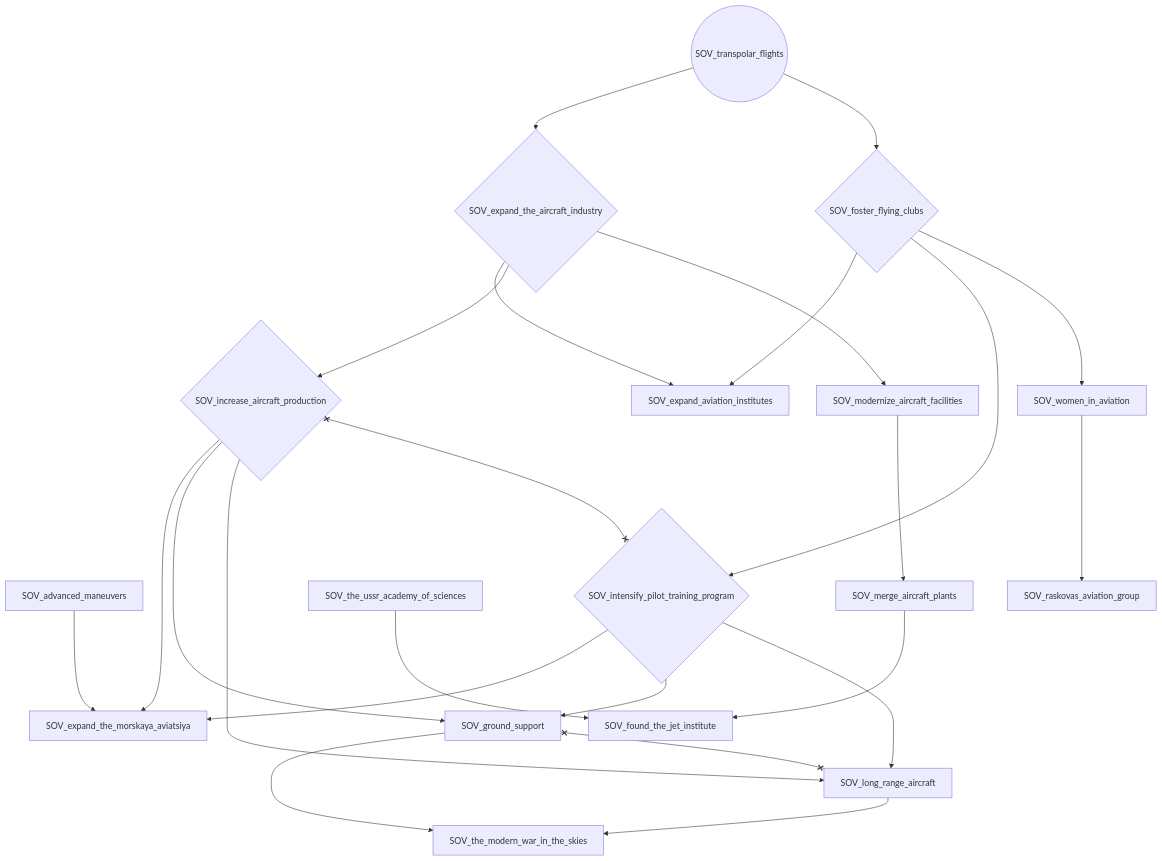
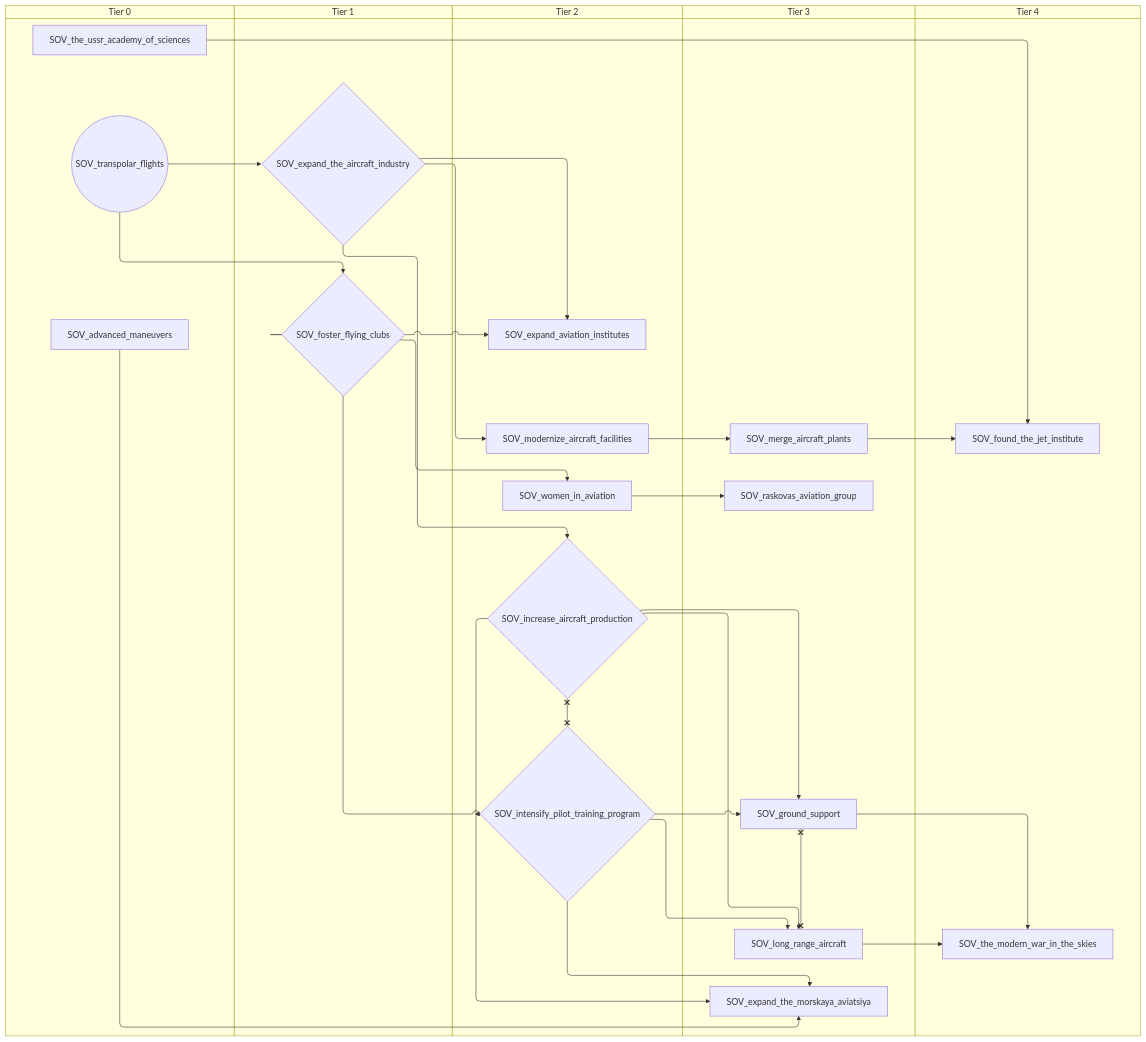
The eighth of 8 diagrams in docs/gdd/National Focuses/soviet.md (evgeny-sobol/hoi4-sandbox-mode), drawn with Mermaid before and after one commit. The commit also changed other lines of this file and 80 other files, not shown here.

First line of the commit message:
Add swimlane mode to focus graph exporter

````diff
--- a/docs/gdd/National Focuses/soviet.md
+++ b/docs/gdd/National Focuses/soviet.md
@@ -872,43 +1000,53 @@
 ```mermaid
-flowchart TD
-    n67["SOV_advanced_maneuvers"]
-    n302["SOV_expand_aviation_institutes"]
-    n303{"SOV_expand_the_aircraft_industry"}
-    n70["SOV_expand_the_morskaya_aviatsiya"]
-    n304{"SOV_foster_flying_clubs"}
-    n111["SOV_found_the_jet_institute"]
-    n305["SOV_ground_support"]
-    n72{"SOV_increase_aircraft_production"}
-    n73{"SOV_intensify_pilot_training_program"}
-    n306["SOV_long_range_aircraft"]
-    n119["SOV_merge_aircraft_plants"]
-    n307["SOV_modernize_aircraft_facilities"]
-    n308["SOV_raskovas_aviation_group"]
-    n309["SOV_the_modern_war_in_the_skies"]
-    n131["SOV_the_ussr_academy_of_sciences"]
-    n310(("SOV_transpolar_flights"))
-    n311["SOV_women_in_aviation"]
-    n303 --> n302
-    n304 --> n302
-    n310 --> n303
-    n72 --> n70
-    n73 --> n70
-    n67 --> n70
-    n310 --> n304
-    n131 --> n111
-    n119 --> n111
-    n72 --> n305
-    n73 --> n305
-    n303 --> n72
-    n304 --> n73
-    n72 --> n306
-    n73 --> n306
-    n307 --> n119
-    n303 --> n307
-    n311 --> n308
-    n305 --> n309
-    n306 --> n309
-    n304 --> n311
-    n305 x--x n306
-    n72 x--x n73
+swimlane-beta TD
+    subgraph tier_0["Tier 0"]
+        n83["SOV_advanced_maneuvers"]
+        n122["SOV_the_ussr_academy_of_sciences"]
+        n302(("SOV_transpolar_flights"))
+    end
+    subgraph tier_1["Tier 1"]
+        n303{"SOV_expand_the_aircraft_industry"}
+        n304{"SOV_foster_flying_clubs"}
+    end
+    subgraph tier_2["Tier 2"]
+        n305["SOV_expand_aviation_institutes"]
+        n68{"SOV_increase_aircraft_production"}
+        n69{"SOV_intensify_pilot_training_program"}
+        n306["SOV_modernize_aircraft_facilities"]
+        n307["SOV_women_in_aviation"]
+    end
+    subgraph tier_3["Tier 3"]
+        n84["SOV_expand_the_morskaya_aviatsiya"]
+        n308["SOV_ground_support"]
+        n309["SOV_long_range_aircraft"]
+        n108["SOV_merge_aircraft_plants"]
+        n310["SOV_raskovas_aviation_group"]
+    end
+    subgraph tier_4["Tier 4"]
+        n123["SOV_found_the_jet_institute"]
+        n311["SOV_the_modern_war_in_the_skies"]
+    end
+    n303 --> n305
+    n304 --> n305
+    n302 --> n303
+    n68 --> n84
+    n69 --> n84
+    n83 --> n84
+    n302 --> n304
+    n122 --> n123
+    n108 --> n123
+    n68 --> n308
+    n69 --> n308
+    n303 --> n68
+    n304 --> n69
+    n68 --> n309
+    n69 --> n309
+    n306 --> n108
+    n303 --> n306
+    n307 --> n310
+    n308 --> n311
+    n309 --> n311
+    n304 --> n307
+    n308 x--x n309
+    n68 x--x n69
 ```
````
